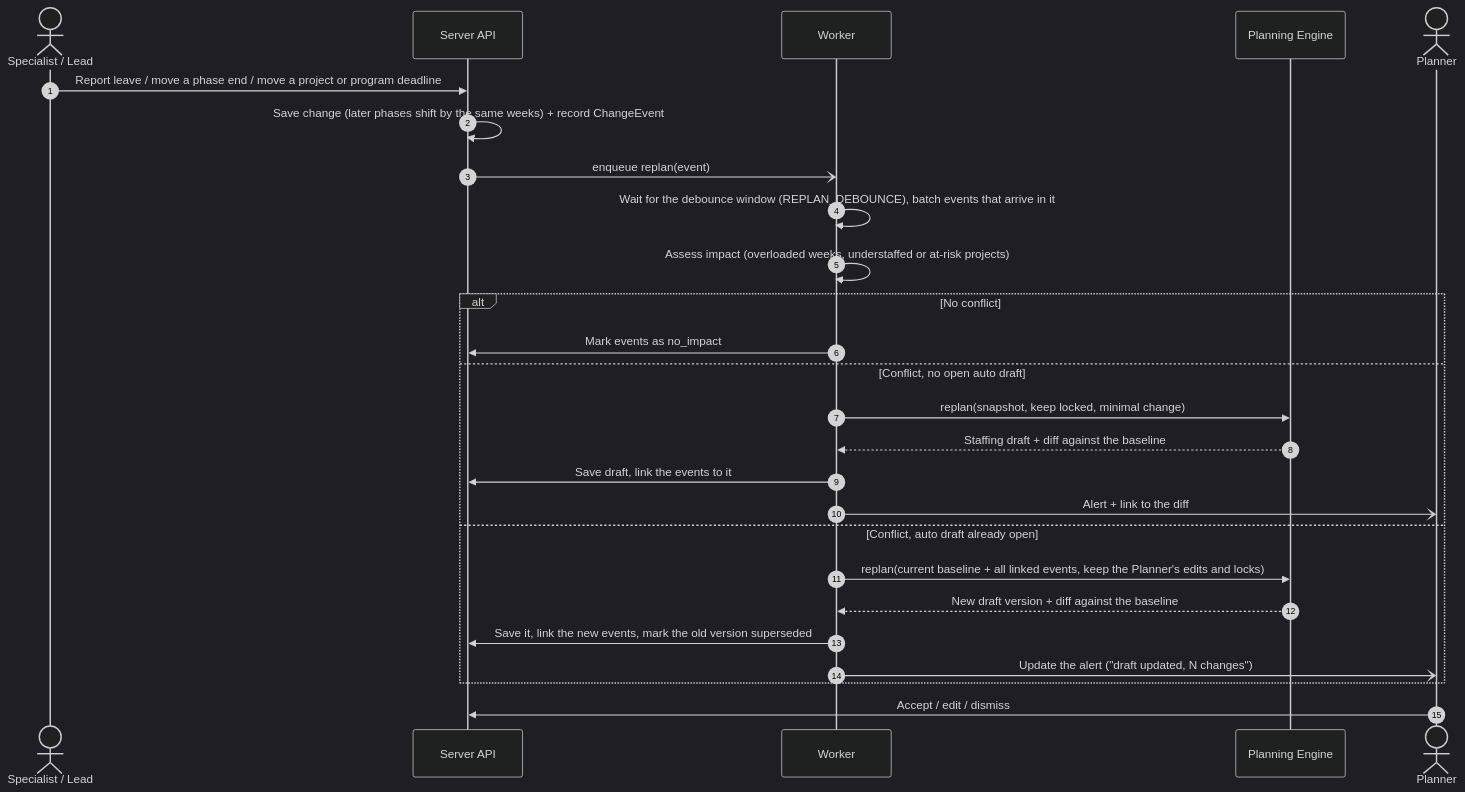
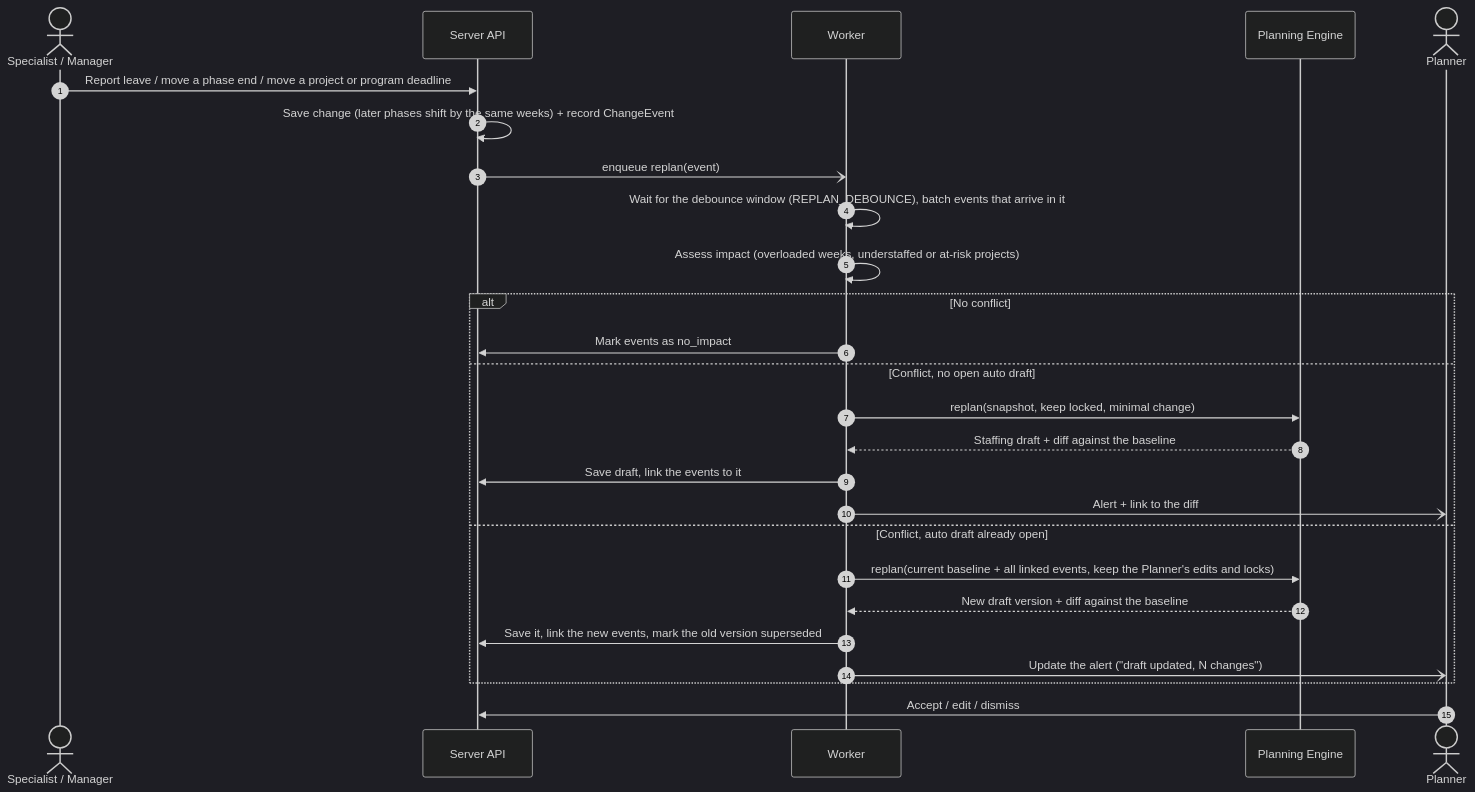
Before and after one commit to dophnamm/the-slot-finder: diagram 11 of 14 in README.md, drawn with Mermaid (dark theme). The commit also changed other lines of this file and 1 other file, not shown here.

Commit message:
docs: correct the architecture README and diagrams

````diff
--- a/README.md
+++ b/README.md
@@ -557,29 +578,29 @@
 ```mermaid
 sequenceDiagram
   autonumber
-  actor S as Specialist / Lead
+  actor S as Specialist / Manager
   participant API as Server API
   participant W as Worker
   participant ENG as Planning Engine
   actor P as Planner
 
   S->>API: Report leave / move a phase end / move a project or program deadline
   API->>API: Save change (later phases shift by the same weeks) + record ChangeEvent
   API-)W: enqueue replan(event)
   W->>W: Wait for the debounce window (REPLAN_DEBOUNCE), batch events that arrive in it
   W->>W: Assess impact (overloaded weeks, understaffed or at-risk projects)
   alt No conflict
     W->>API: Mark events as no_impact
   else Conflict, no open auto draft
     W->>ENG: replan(snapshot, keep locked, minimal change)
     ENG-->>W: Staffing draft + diff against the baseline
     W->>API: Save draft, link the events to it
     W-)P: Alert + link to the diff
   else Conflict, auto draft already open
     W->>ENG: replan(current baseline + all linked events, keep the Planner's edits and locks)
     ENG-->>W: New draft version + diff against the baseline
     W->>API: Save it, link the new events, mark the old version superseded
     W-)P: Update the alert ("draft updated, N changes")
   end
   P->>API: Accept / edit / dismiss
 ```
````
